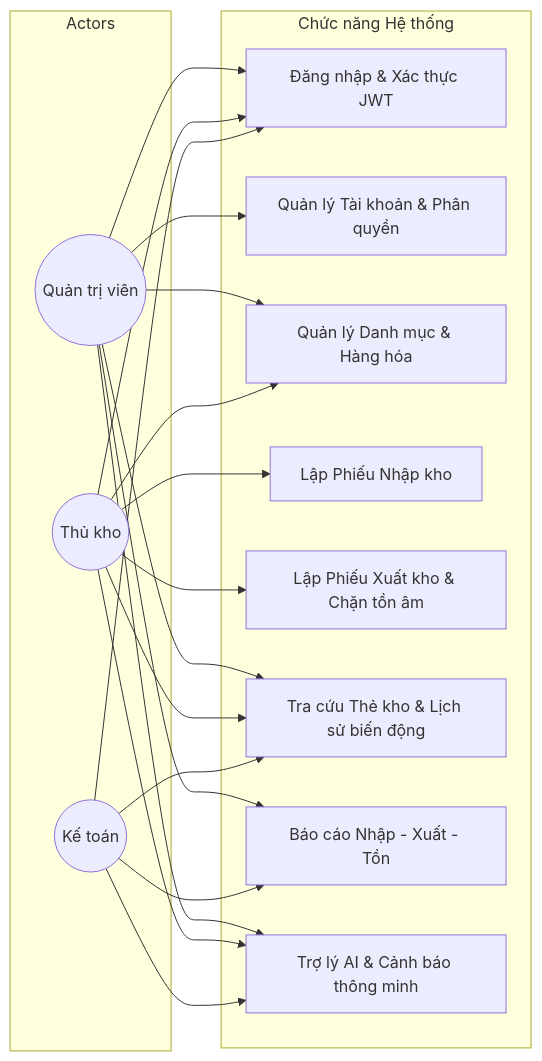
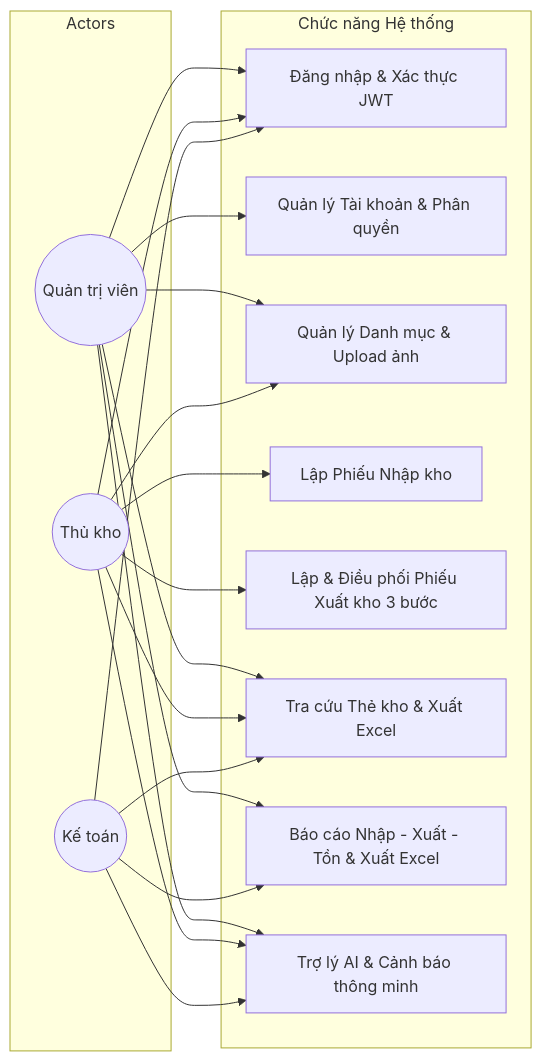
Before and after one commit to dtc245090028-ui/gemini: the second of 4 diagrams in hệ thống quản lý kho/docs/SDLC/KT1/01_SRS_and_UseCases.md, drawn with Mermaid. The commit also changed other lines of this file and 128 other files, not shown here.

````diff
--- a/hệ thống quản lý kho/docs/SDLC/KT1/01_SRS_and_UseCases.md
+++ b/hệ thống quản lý kho/docs/SDLC/KT1/01_SRS_and_UseCases.md
@@ -107,38 +107,38 @@
 ```mermaid
 flowchart LR
     subgraph Actors
         Admin((Quản trị viên))
         Keeper((Thủ kho))
         Accountant((Kế toán))
     end
 
     subgraph Chức năng Hệ thống
         UC01[Đăng nhập & Xác thực JWT]
         UC02[Quản lý Tài khoản & Phân quyền]
-        UC03[Quản lý Danh mục & Hàng hóa]
+        UC03[Quản lý Danh mục & Upload ảnh]
         UC04[Lập Phiếu Nhập kho]
-        UC05[Lập Phiếu Xuất kho & Chặn tồn âm]
-        UC06[Tra cứu Thẻ kho & Lịch sử biến động]
-        UC07[Báo cáo Nhập - Xuất - Tồn]
+        UC05[Lập & Điều phối Phiếu Xuất kho 3 bước]
+        UC06[Tra cứu Thẻ kho & Xuất Excel]
+        UC07[Báo cáo Nhập - Xuất - Tồn & Xuất Excel]
         UC08[Trợ lý AI & Cảnh báo thông minh]
     end
 
     Admin --> UC01
     Admin --> UC02
     Admin --> UC03
     Admin --> UC06
     Admin --> UC07
     Admin --> UC08
 
     Keeper --> UC01
     Keeper --> UC03
     Keeper --> UC04
     Keeper --> UC05
     Keeper --> UC06
     Keeper --> UC08
 
     Accountant --> UC01
     Accountant --> UC06
     Accountant --> UC07
     Accountant --> UC08
 ```
````
